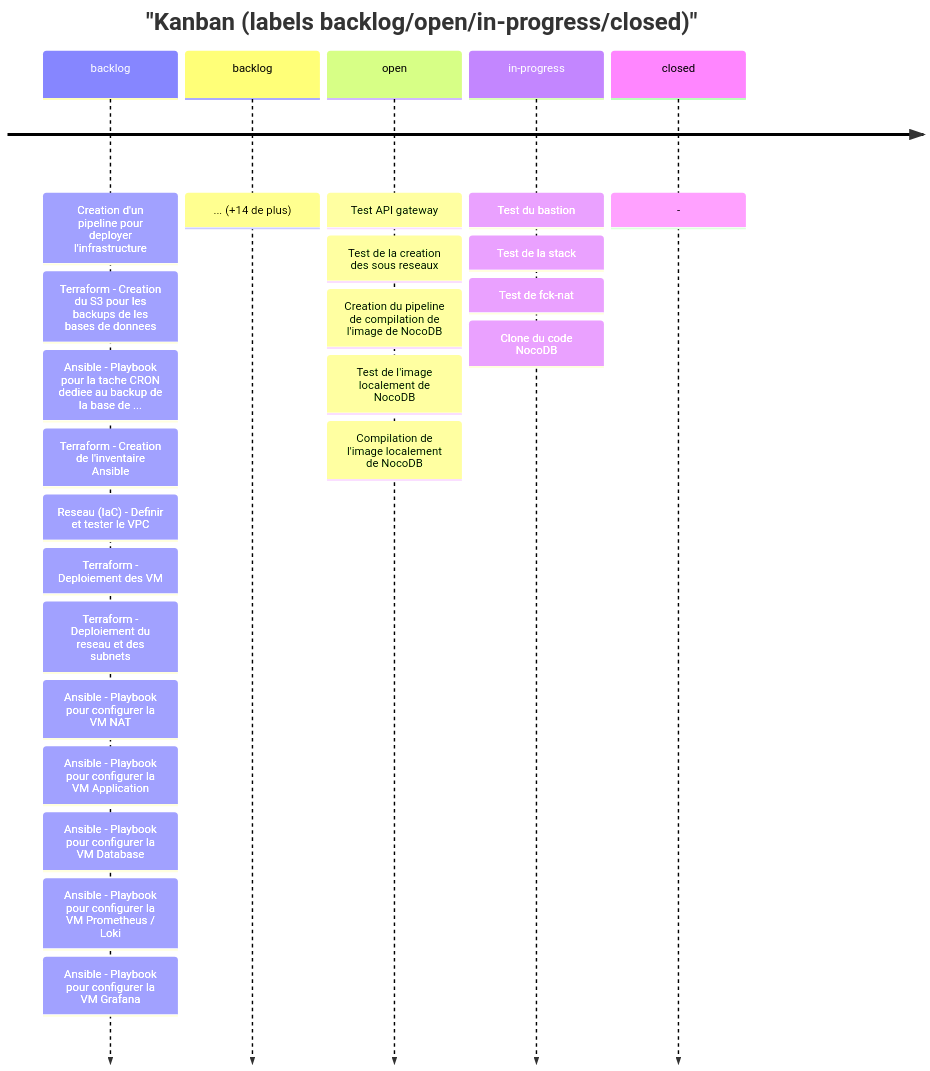
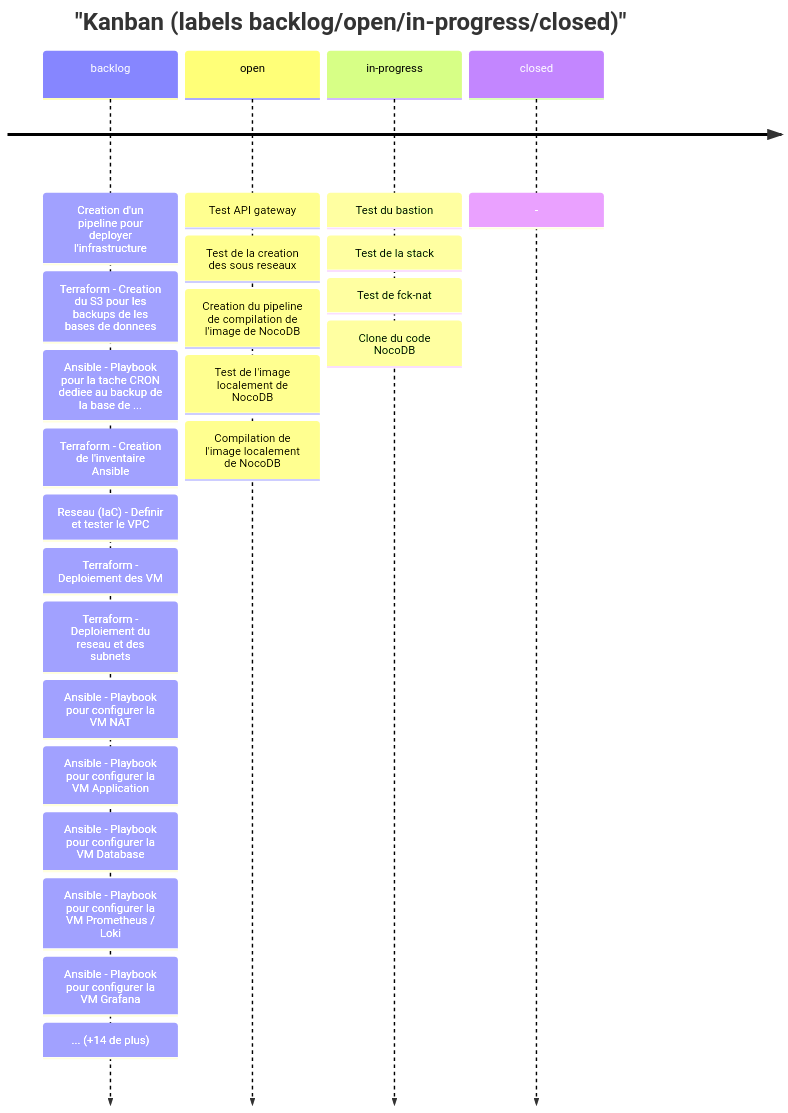
One commit to Gooseppr/GevOps_LC changed the fifth of 6 diagrams in modules/M40.projet-test.md. Above: the diagram before and after it, drawn with Mermaid.

Commit message:
Auto commit & push depuis script pipeline

````diff
--- a/modules/M40.projet-test.md
+++ b/modules/M40.projet-test.md
@@ -89,9 +89,8 @@
 ```mermaid
 timeline
     title "Kanban (labels backlog/open/in-progress/closed)"
-    backlog : Creation d'un pipeline pour deployer l'infrastructure : Terraform - Creation du S3 pour les backups de les bases de donnees : Ansible - Playbook pour la tache CRON dediee au backup de la base de ... : Terraform - Creation de l'inventaire Ansible : Reseau (IaC) - Definir et tester le VPC : Terraform - Deploiement des VM : Terraform - Deploiement du reseau et des subnets : Ansible - Playbook pour configurer la VM NAT : Ansible - Playbook pour configurer la VM Application : Ansible - Playbook pour configurer la VM Database : Ansible - Playbook pour configurer la VM Prometheus / Loki : Ansible - Playbook pour configurer la VM Grafana
-    backlog : ... (+14 de plus)
+    backlog : Creation d'un pipeline pour deployer l'infrastructure : Terraform - Creation du S3 pour les backups de les bases de donnees : Ansible - Playbook pour la tache CRON dediee au backup de la base de ... : Terraform - Creation de l'inventaire Ansible : Reseau (IaC) - Definir et tester le VPC : Terraform - Deploiement des VM : Terraform - Deploiement du reseau et des subnets : Ansible - Playbook pour configurer la VM NAT : Ansible - Playbook pour configurer la VM Application : Ansible - Playbook pour configurer la VM Database : Ansible - Playbook pour configurer la VM Prometheus / Loki : Ansible - Playbook pour configurer la VM Grafana : ... (+14 de plus)
     open : Test API gateway : Test de la creation des sous reseaux : Creation du pipeline de compilation de l'image de NocoDB : Test de l'image localement de NocoDB : Compilation de l'image localement de NocoDB
     in-progress : Test du bastion : Test de la stack : Test de fck-nat : Clone du code NocoDB
     closed : -
 ```
````
